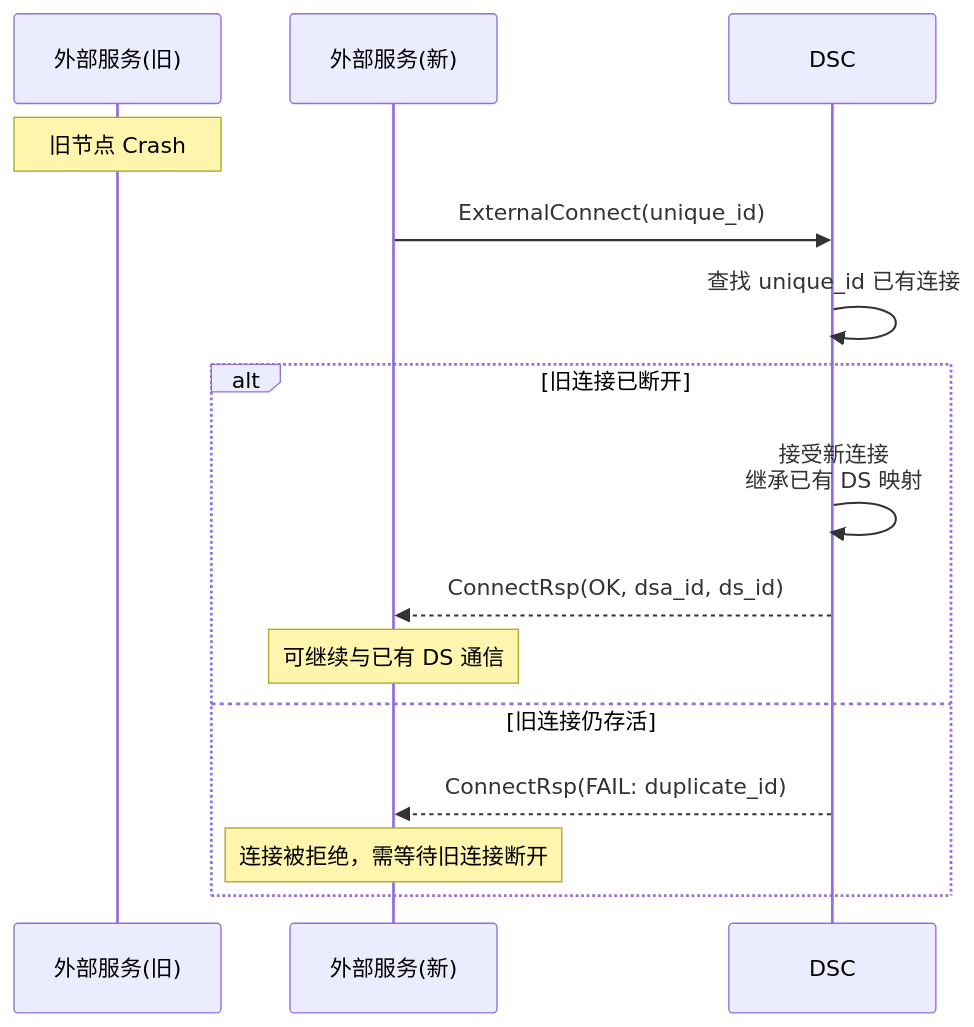
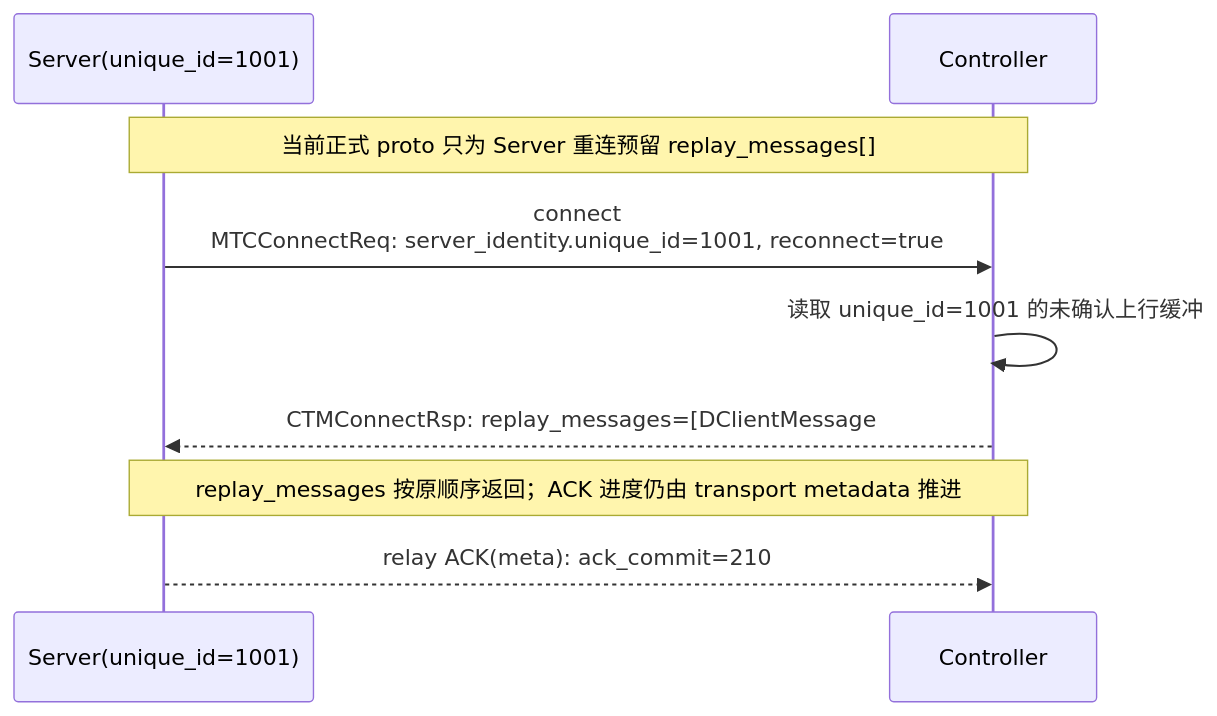
Before and after one commit to atframework/atsf4g-co: the tenth of 10 diagrams in doc/orbit/guide.md, drawn with Mermaid. The commit also changed other lines of this file and 69 other files, not shown here.

````diff
--- a/doc/orbit/guide.md
+++ b/doc/orbit/guide.md
@@ -1031,21 +604,12 @@
 ```mermaid
 sequenceDiagram
-    participant ExtOld as 外部服务(旧)
-    participant ExtNew as 外部服务(新)
-    participant DSC as DSC
+    participant Server as Server(unique_id=1001)
+    participant Controller as Controller
 
-    Note over ExtOld: 旧节点 Crash
-
-    ExtNew->>DSC: ExternalConnect(unique_id)
-    
-    DSC->>DSC: 查找 unique_id 已有连接
-
-    alt 旧连接已断开
-        DSC->>DSC: 接受新连接<br/>继承已有 DS 映射
-        DSC-->>ExtNew: ConnectRsp(OK, dsa_id, ds_id)
-        Note over ExtNew: 可继续与已有 DS 通信
-    else 旧连接仍存活
-        DSC-->>ExtNew: ConnectRsp(FAIL: duplicate_id)
-        Note over ExtNew: 连接被拒绝，需等待旧连接断开
-    end
+    Note over Server,Controller: 当前正式 proto 只为 Server 重连预留 replay_messages[]
+    Server->>Controller: connect<br/>MTCConnectReq: server_identity.unique_id=1001, reconnect=true
+    Controller->>Controller: 读取 unique_id=1001 的未确认上行缓冲
+    Controller-->>Server: CTMConnectRsp: replay_messages=[DClientMessage#1, DClientMessage#2]
+    Note over Controller,Server: replay_messages 按原顺序返回；ACK 进度仍由 transport metadata 推进
+    Server-->>Controller: relay ACK(meta): ack_commit=210
 ```
````
